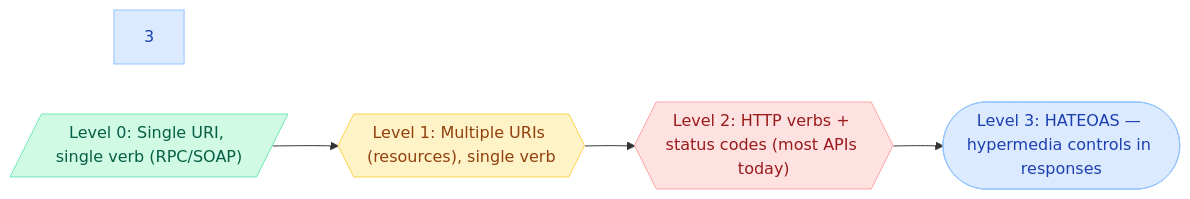
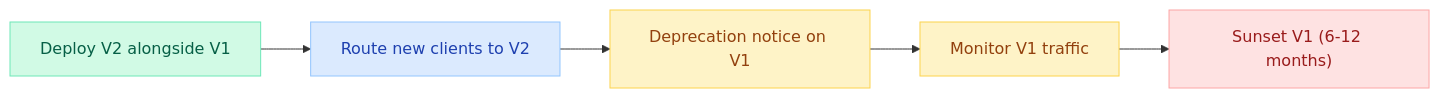
One commit to saivamsikaruturi/vamsilabs-dev-notes-main changed the second of 3 diagrams in docs/springboot/restapibestpractices.md. Above: the diagram before and after it, drawn with Mermaid. The commit also changed other lines of this file and 21 other files, not shown here.

````diff
--- a/docs/springboot/restapibestpractices.md
+++ b/docs/springboot/restapibestpractices.md
@@ -34,14 +593,13 @@
 ```mermaid
 flowchart LR
-    L0[/"Level 0: Single URI, single verb (RPC/SOAP)"/]
-    L1{{"Level 1: Multiple URIs (resources), single verb"}}
-    L2{{"Level 2: HTTP verbs + status codes (most APIs today)"}}
-    L3(["Level 3: HATEOAS — hypermedia controls in responses"])
-    L0 --> L1 --> L2 --> L3
+    A["Deploy V2 alongside V1"] --> B["Route new clients to V2"]
+    B --> C["Deprecation notice on V1"]
+    C --> D["Monitor V1 traffic"]
+    D --> E["Sunset V1 (6-12 months)"]
 
-    style 3 fill:#DBEAFE,stroke:#93C5FD,color:#1E40AF
-    style L0 fill:#D1FAE5,stroke:#6EE7B7,color:#065F46
-    style L1 fill:#FEF3C7,stroke:#FCD34D,color:#92400E
-    style L2 fill:#FEE2E2,stroke:#FCA5A5,color:#991B1B
-    style L3 fill:#DBEAFE,stroke:#93C5FD,color:#1E40AF
+    style A fill:#D1FAE5,stroke:#6EE7B7,color:#065F46
+    style B fill:#DBEAFE,stroke:#93C5FD,color:#1E40AF
+    style C fill:#FEF3C7,stroke:#FCD34D,color:#92400E
+    style D fill:#FEF3C7,stroke:#FCD34D,color:#92400E
+    style E fill:#FEE2E2,stroke:#FCA5A5,color:#991B1B
 ```
````
